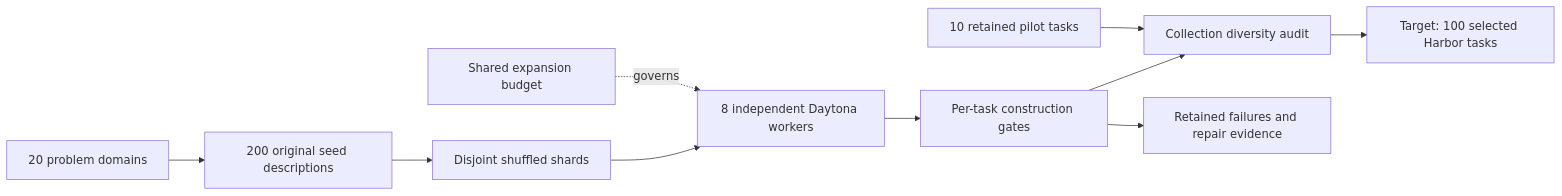
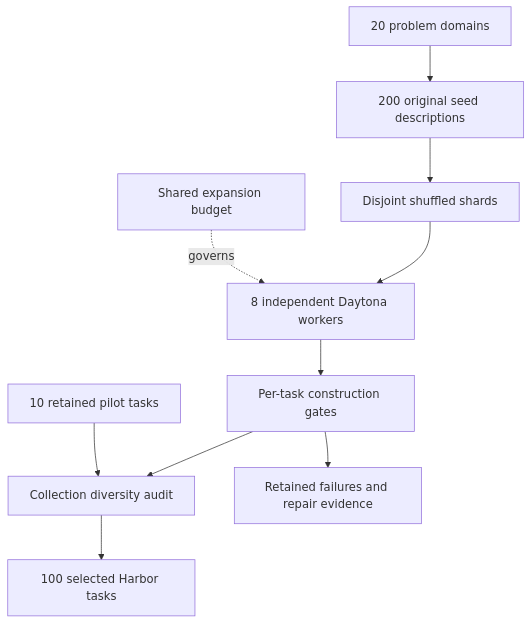
Before and after one commit to huggingface/Repo2RLEnv: the second of 2 diagrams in docs/pipelines/frontiersmith.md, drawn with Mermaid. The commit also changed other lines of this file and 10 other files, not shown here.

````diff
--- a/docs/pipelines/frontiersmith.md
+++ b/docs/pipelines/frontiersmith.md
@@ -194,12 +315,12 @@
 ```mermaid
-flowchart LR
+flowchart TD
     D[20 problem domains] --> S[200 original seed descriptions]
     S --> Q[Disjoint shuffled shards]
     Q --> W[8 independent Daytona workers]
     B[Shared expansion budget] -. governs .-> W
     W --> C[Per-task construction gates]
     C --> A[Collection diversity audit]
     P[10 retained pilot tasks] --> A
-    A --> H[Target: 100 selected Harbor tasks]
+    A --> H[100 selected Harbor tasks]
     C --> F[Retained failures and repair evidence]
 ```
````
